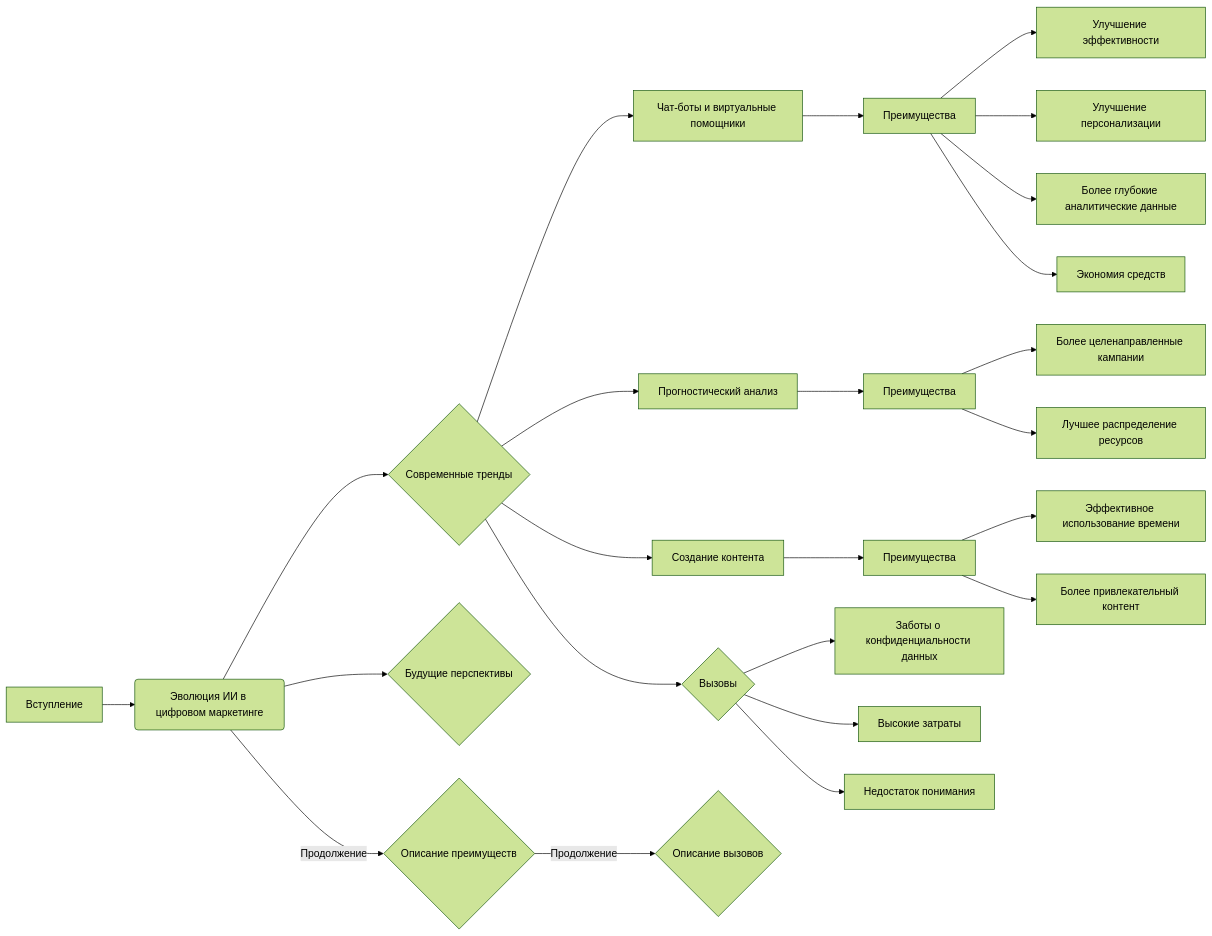
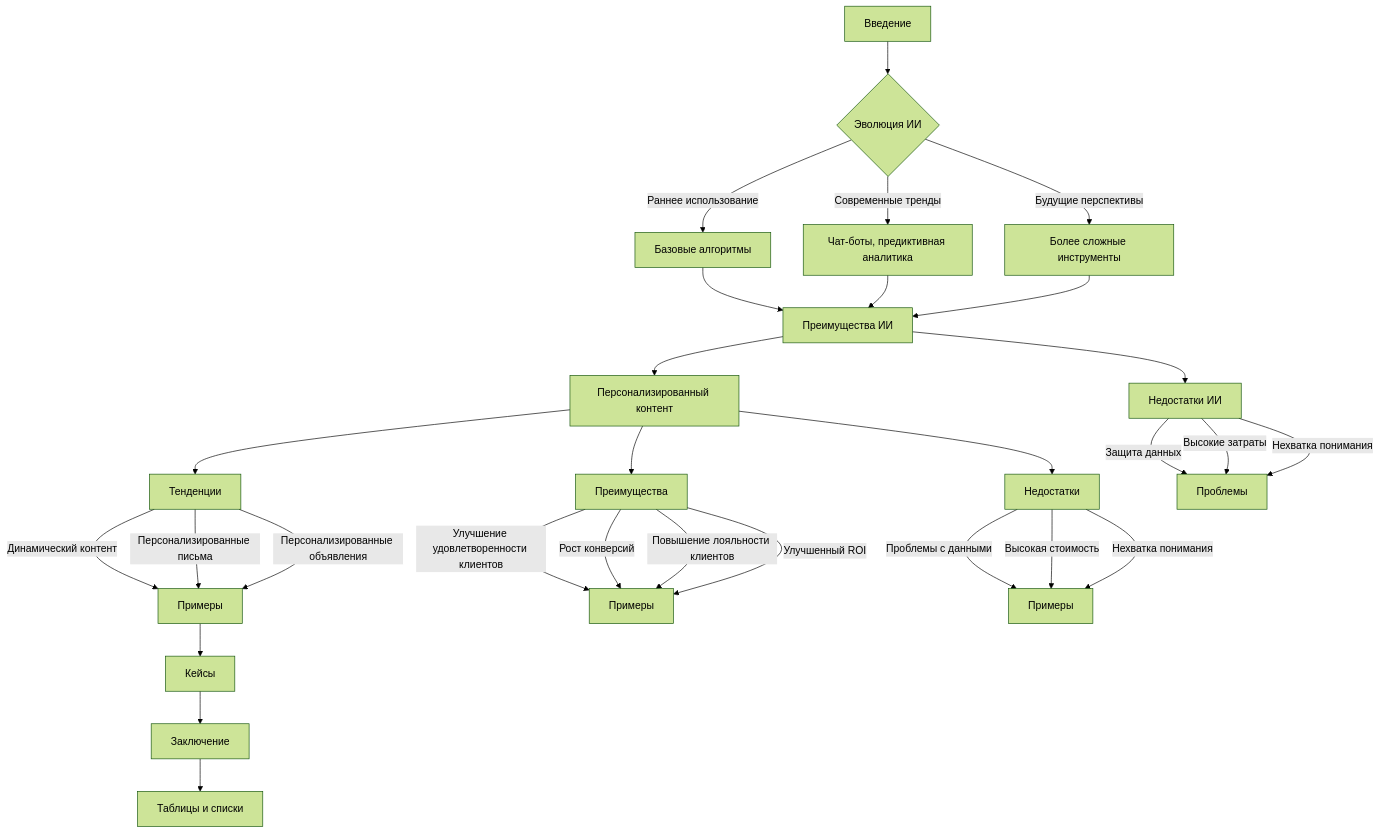
The diagram in docs/gemini/ru/explainer/src/ai/tiny_troupe/TinyTroupe/examples/scratch/outputs/scratches/tool_usage/Document/Current Trends in Digital Marketing.None.md (hypo69/hypo), drawn with Mermaid (forest theme) before and after one commit. The commit also changed other lines of this file and 632 other files, not shown here.

````diff
--- a/docs/gemini/ru/explainer/src/ai/tiny_troupe/TinyTroupe/examples/scratch/outputs/scratches/tool_usage/Document/Current Trends in Digital Marketing.None.md
+++ b/docs/gemini/ru/explainer/src/ai/tiny_troupe/TinyTroupe/examples/scratch/outputs/scratches/tool_usage/Document/Current Trends in Digital Marketing.None.md
@@ -39,28 +32,31 @@
 ```mermaid
-graph LR
-    A[Вступление] --> B(Эволюция ИИ в цифровом маркетинге);
-    B --> C{Современные тренды};
-    C --> D[Чат-боты и виртуальные помощники];
-    C --> E[Прогностический анализ];
-    C --> F[Создание контента];
-    D --> G[Преимущества];
-    E --> H[Преимущества];
-    F --> I[Преимущества];
-    G --> J[Улучшение эффективности];
-    G --> K[Улучшение персонализации];
-    G --> L[Более глубокие аналитические данные];
-    G --> M[Экономия средств];
-    H --> N[Более целенаправленные кампании];
-    H --> O[Лучшее распределение ресурсов];
-    I --> P[Эффективное использование времени];
-    I --> Q[Более привлекательный контент];
-    
-    B --> R{Будущие перспективы};
-    C --> S{Вызовы};
-    S --> T[Заботы о конфиденциальности данных];
-    S --> U[Высокие затраты];
-    S --> V[Недостаток понимания];
-    
-    B -- Продолжение --> AA{Описание преимуществ};
-    AA -- Продолжение --> AB{Описание вызовов};
+graph TD
+    A[Введение] --> B{Эволюция ИИ};
+    B -- Раннее использование --> C[Базовые алгоритмы];
+    B -- Современные тренды --> D[Чат-боты, предиктивная аналитика];
+    B -- Будущие перспективы --> E[Более сложные инструменты];
+    C --> F[Преимущества ИИ];
+    D --> F;
+    E --> F;
+    F --> G[Персонализированный контент];
+    G --> H[Тенденции];
+    H -- Динамический контент --> I[Примеры];
+    H -- Персонализированные письма --> I;
+    H -- Персонализированные объявления --> I;
+    F --> J[Недостатки ИИ];
+    J -- Защита данных --> K[Проблемы];
+    J -- Высокие затраты --> K;
+    J -- Нехватка понимания --> K;
+    G --> L[Преимущества];
+    L -- Улучшение удовлетворенности клиентов --> M[Примеры];
+    L -- Рост конверсий --> M;
+    L -- Повышение лояльности клиентов --> M;
+    L -- Улучшенный ROI --> M;
+    G --> N[Недостатки];
+    N -- Проблемы с данными --> O[Примеры];
+    N -- Высокая стоимость --> O;
+    N -- Нехватка понимания --> O;
+    I --> P[Кейсы];
+    P --> Q[Заключение];
+    Q --> R[Таблицы и списки];
 ```
````
